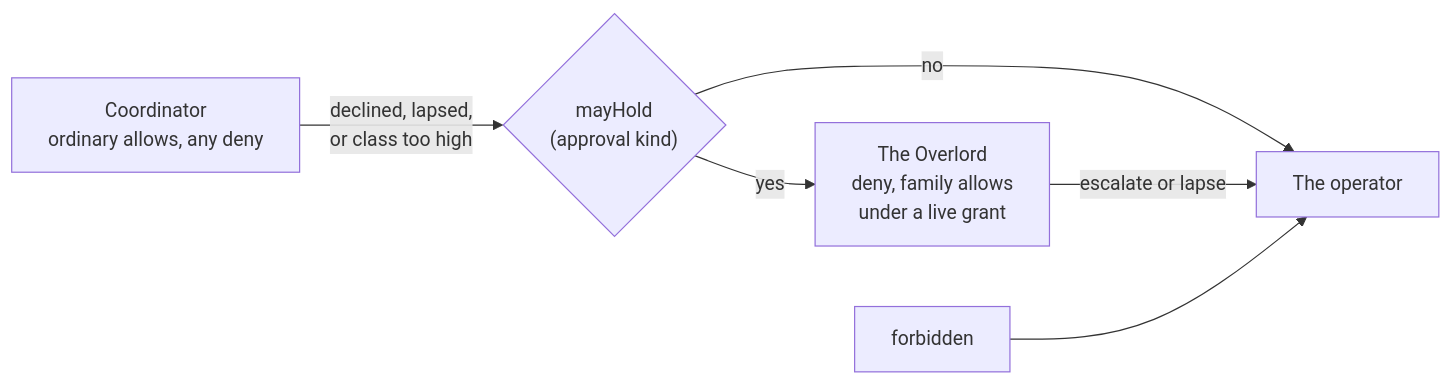
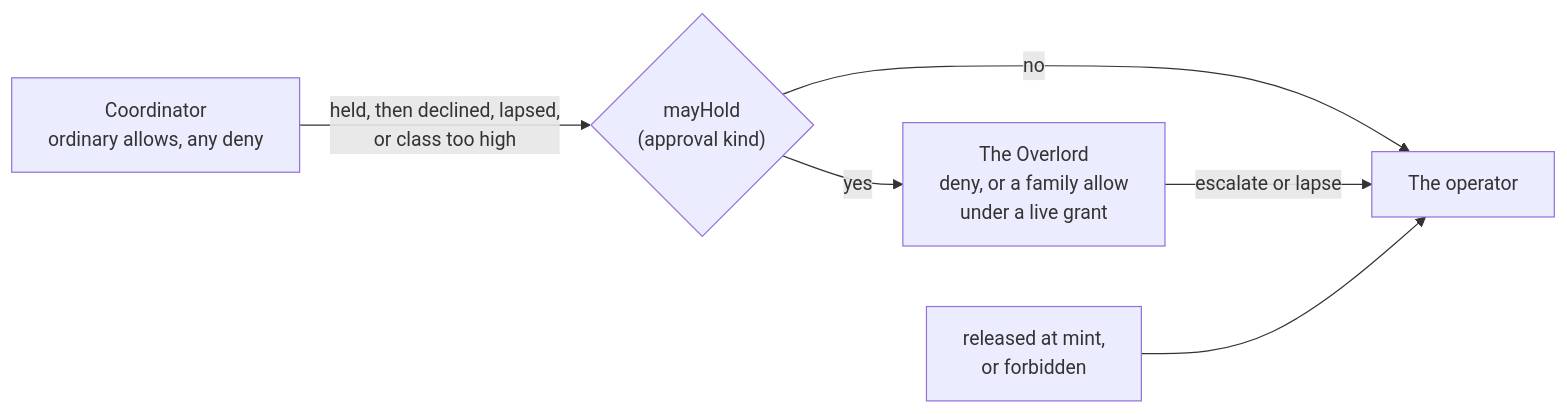
One commit to Synapsium-Labs/ccrc-pwa changed the third of 3 diagrams in docs/superpowers/plans/2026-11-18-overlord-approvals.md. Above: the diagram before and after it, drawn with Mermaid. The commit also changed other lines of this file and 1 other file, not shown here.

````diff
--- a/docs/superpowers/plans/2026-11-18-overlord-approvals.md
+++ b/docs/superpowers/plans/2026-11-18-overlord-approvals.md
@@ -360,8 +507,8 @@
 ```mermaid
 flowchart LR
-  C["Coordinator<br/>ordinary allows, any deny"] -->|"declined, lapsed,<br/>or class too high"| Q{"mayHold<br/>(approval kind)"}
-  Q -- "yes" --> V["The Overlord<br/>deny, family allows<br/>under a live grant"]
+  C["Coordinator<br/>ordinary allows, any deny"] -->|"held, then declined, lapsed,<br/>or class too high"| Q{"mayHold<br/>(approval kind)"}
+  Q -- "yes" --> V["The Overlord<br/>deny, or a family allow<br/>under a live grant"]
   Q -- "no" --> O["The operator"]
   V -->|"escalate or lapse"| O
-  F["forbidden"] --> O
+  R["released at mint,<br/>or forbidden"] --> O
 ```
````
